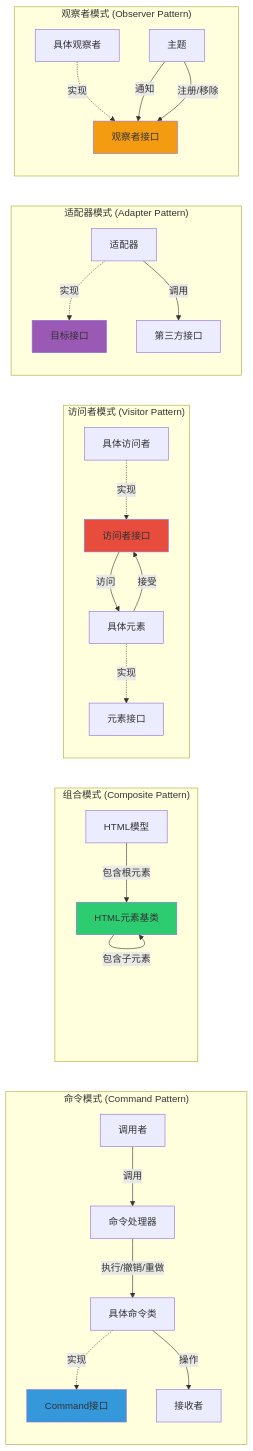
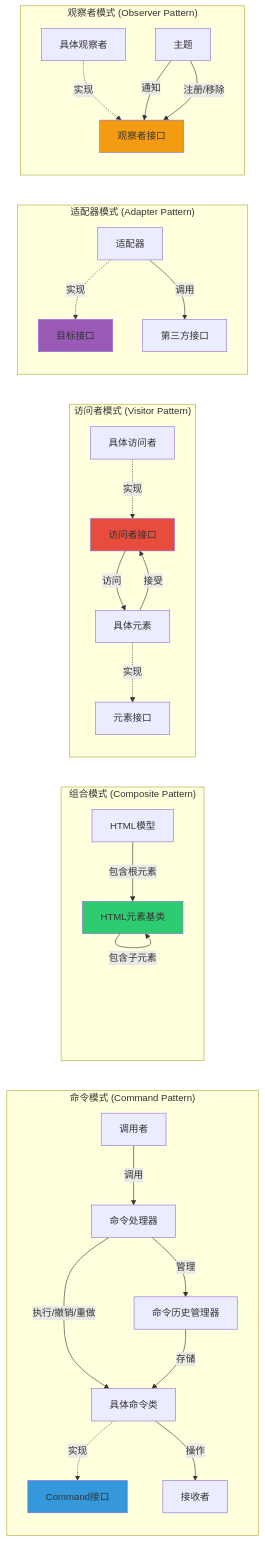
The sixth of 8 diagrams in docs/complete_project_diagram.md (KiritoFD/OOP_lab1), drawn with Mermaid before and after one commit. The commit also changed other lines of this file and 5 other files, not shown here.

````diff
--- a/docs/complete_project_diagram.md
+++ b/docs/complete_project_diagram.md
@@ -291,60 +297,63 @@
 ```mermaid
 graph LR
     subgraph "命令模式 (Command Pattern)"
         Command[Command接口]
         ConcreteCommands[具体命令类]
         CommandProcessor[命令处理器]
+        CommandHistory[命令历史管理器]
         Invoker[调用者]
         Receiver[接收者]
         
         Invoker -->|调用| CommandProcessor
         CommandProcessor -->|执行/撤销/重做| ConcreteCommands
+        CommandProcessor -->|管理| CommandHistory
+        CommandHistory -->|存储| ConcreteCommands
         ConcreteCommands -.->|实现| Command
         ConcreteCommands -->|操作| Receiver
     end
     
     subgraph "组合模式 (Composite Pattern)"
         HtmlElement[HTML元素基类]
         HtmlModel[HTML模型]
         
         HtmlModel -->|包含根元素| HtmlElement
         HtmlElement -->|包含子元素| HtmlElement
     end
     
     subgraph "访问者模式 (Visitor Pattern)"
         Visitor[访问者接口]
         ConcreteVisitor[具体访问者]
         Element[元素接口]
         ConcreteElement[具体元素]
         
         ConcreteVisitor -.->|实现| Visitor
         ConcreteElement -.->|实现| Element
         ConcreteElement -->|接受| Visitor
         Visitor -->|访问| ConcreteElement
     end
     
     subgraph "适配器模式 (Adapter Pattern)"
         Target[目标接口]
         Adapter[适配器]
         Adaptee[第三方接口]
         
         Adapter -.->|实现| Target
         Adapter -->|调用| Adaptee
     end
     
     subgraph "观察者模式 (Observer Pattern)"
         Observer[观察者接口]
         ConcreteObserver[具体观察者]
         Subject[主题]
         
         ConcreteObserver -.->|实现| Observer
         Subject -->|通知| Observer
         Subject -->|注册/移除| Observer
     end
     
     style Command fill:#3498db
     style HtmlElement fill:#2ecc71
     style Visitor fill:#e74c3c
     style Target fill:#9b59b6
     style Observer fill:#f39c12
 ```
````
